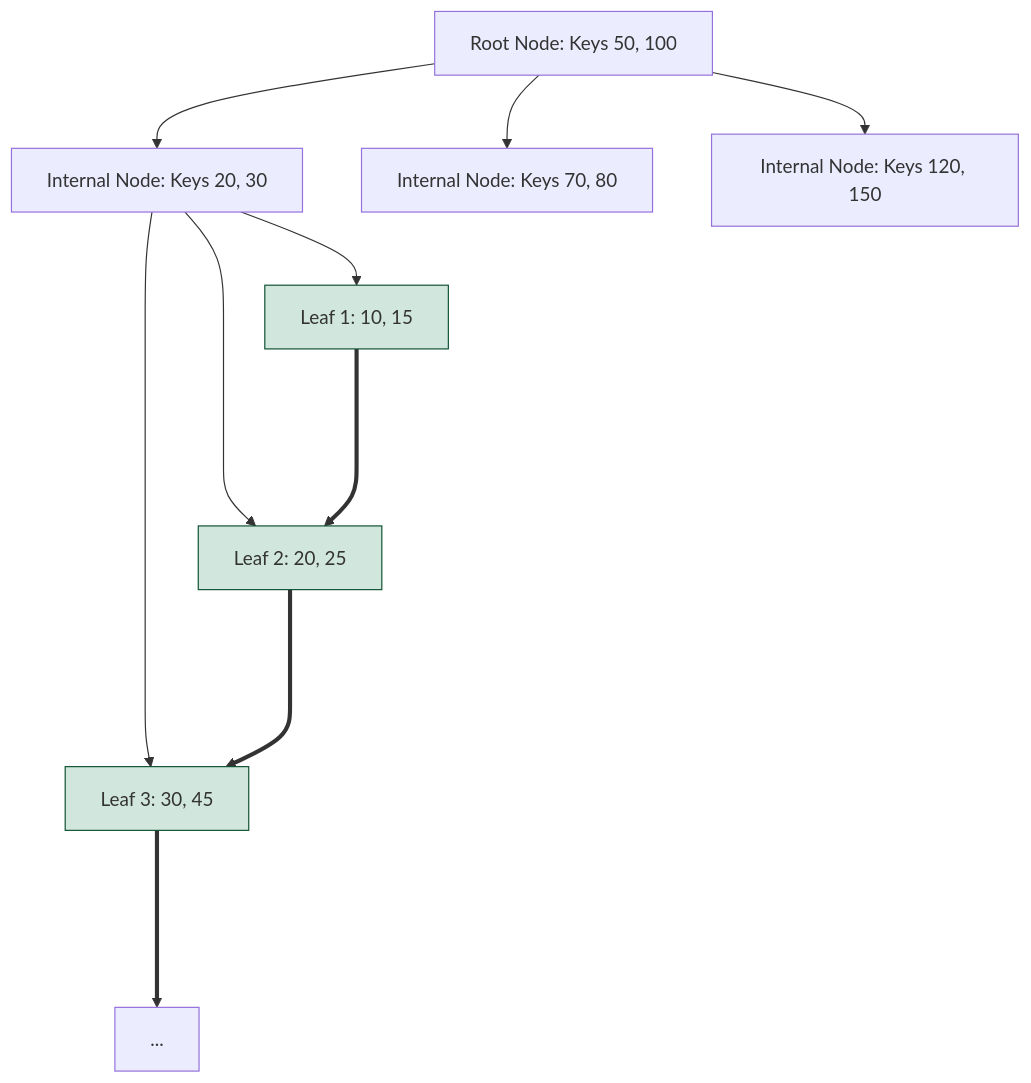
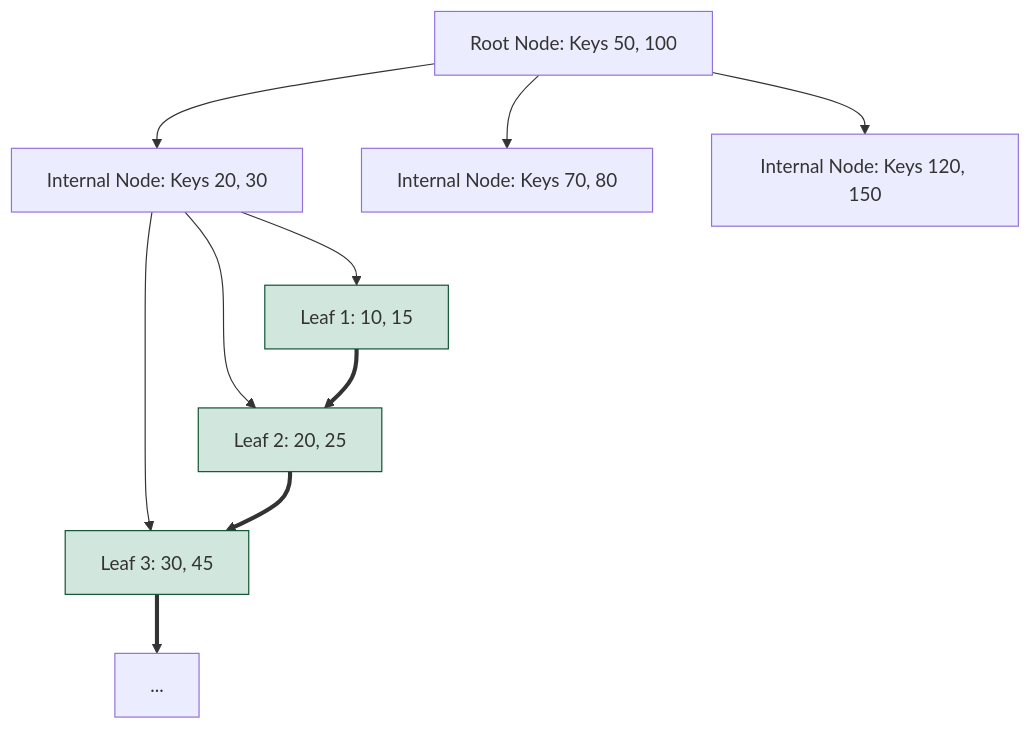
Before and after one commit to gp330841/interview: the second of 4 diagrams in database/sql/README.md, drawn with Mermaid. The commit also changed other lines of this file and 14 other files, not shown here.

````diff
--- a/database/sql/README.md
+++ b/database/sql/README.md
@@ -81,17 +81,17 @@
 ```mermaid
 graph TD
-    Root[Root Node: Keys 50, 100] --> L1[Internal Node: Keys 20, 30]
-    Root --> L2[Internal Node: Keys 70, 80]
-    Root --> L3[Internal Node: Keys 120, 150]
+    Root["Root Node: Keys 50, 100"] --> L1["Internal Node: Keys 20, 30"]
+    Root --> L2["Internal Node: Keys 70, 80"]
+    Root --> L3["Internal Node: Keys 120, 150"]
     
-    L1 --> Leaf1[Leaf 1: 10, 15]
-    L1 --> Leaf2[Leaf 2: 20, 25]
-    L1 --> Leaf3[Leaf 3: 30, 45]
+    L1 --> Leaf1["Leaf 1: 10, 15"]
+    L1 --> Leaf2["Leaf 2: 20, 25"]
+    L1 --> Leaf3["Leaf 3: 30, 45"]
     
-    Leaf1 ====> Leaf2
-    Leaf2 ====> Leaf3
-    Leaf3 ====> Leaf4[...]
+    Leaf1 ==> Leaf2
+    Leaf2 ==> Leaf3
+    Leaf3 ==> Leaf4["..."]
     style Leaf1 fill:#d1e7dd,stroke:#0f5132
     style Leaf2 fill:#d1e7dd,stroke:#0f5132
     style Leaf3 fill:#d1e7dd,stroke:#0f5132
 ```
````
